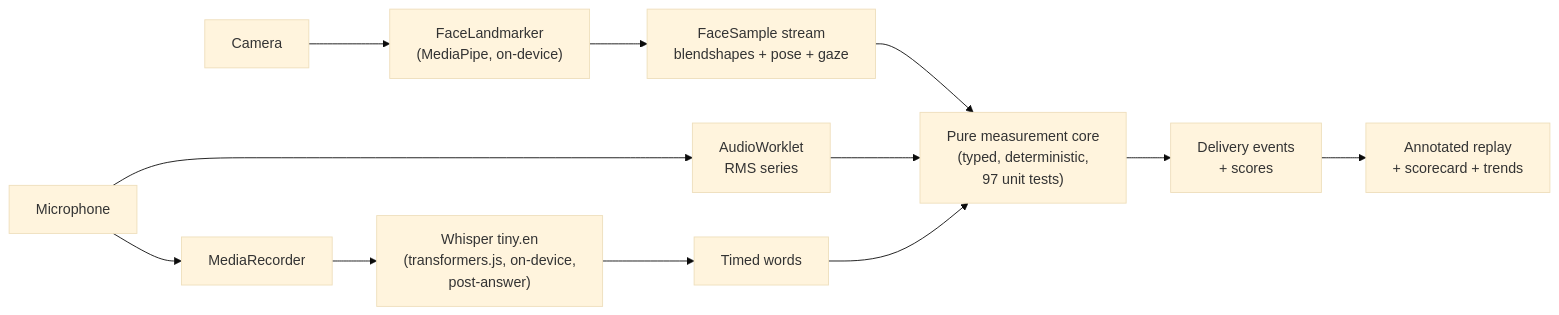
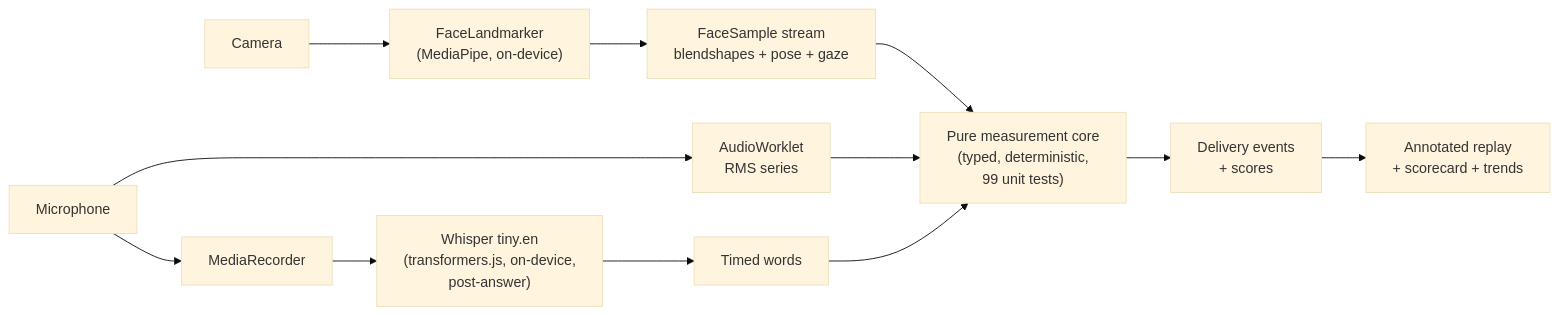
Before and after one commit to Leo-Y-Zhang/Understudy: the diagram in README.md, drawn with Mermaid (base theme). The commit also changed other lines of this file and 2 other files, not shown here.

````diff
--- a/README.md
+++ b/README.md
@@ -55,14 +55,14 @@
 ```mermaid
 flowchart LR
     cam[Camera] --> fl["FaceLandmarker\n(MediaPipe, on-device)"]
     fl --> fs["FaceSample stream\nblendshapes + pose + gaze"]
     mic[Microphone] --> rms["AudioWorklet\nRMS series"]
     mic --> rec[MediaRecorder]
     rec --> wh["Whisper tiny.en\n(transformers.js, on-device,\npost-answer)"]
     wh --> words["Timed words"]
     fs --> core
     rms --> core
     words --> core
-    core["Pure measurement core\n(typed, deterministic,\n97 unit tests)"] --> ev["Delivery events\n+ scores"]
+    core["Pure measurement core\n(typed, deterministic,\n99 unit tests)"] --> ev["Delivery events\n+ scores"]
     ev --> replay["Annotated replay\n+ scorecard + trends"]
 ```
````
